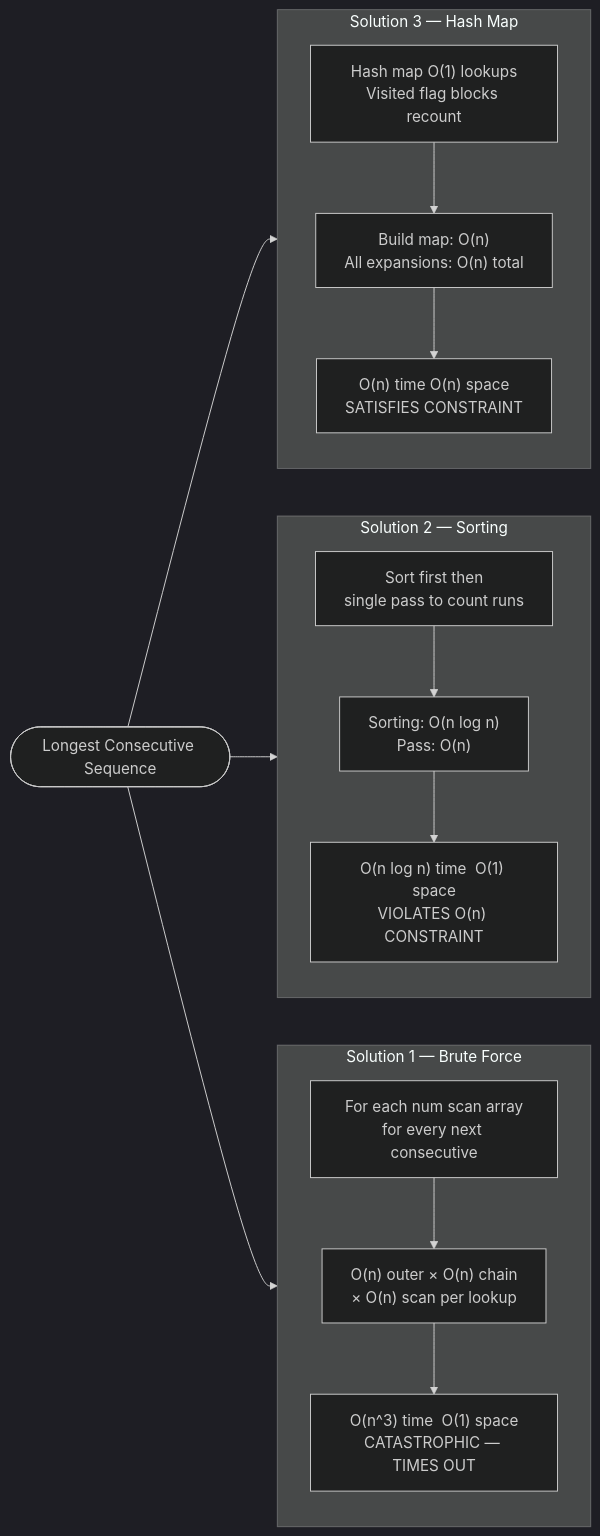
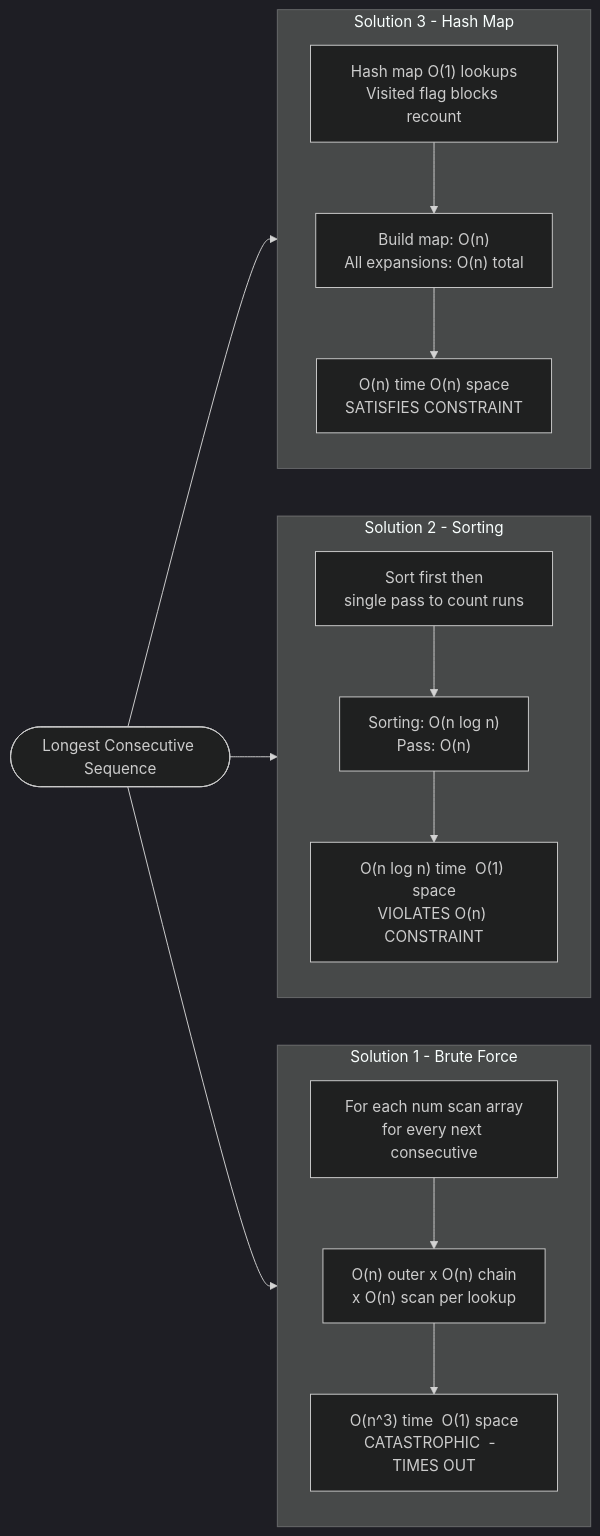
The third of 10 diagrams in 07 - Longest Consecutive Sequence/README.md (M-F-Tushar/LeetCode-Problem-Solving), drawn with Mermaid (dark theme) before and after one commit. The commit also changed other lines of this file and 6 other files, not shown here.

Commit message:
fix diagram rendering

````diff
--- a/07 - Longest Consecutive Sequence/README.md
+++ b/07 - Longest Consecutive Sequence/README.md
@@ -122,20 +122,20 @@
 ```mermaid
 flowchart LR
   PROB(["Longest Consecutive Sequence"]) --> BFS & SS & HMS
 
-  subgraph BF ["Solution 1 — Brute Force"]
+  subgraph BF ["Solution 1  -  Brute Force"]
       direction TB
-      BFS["For each num scan array\nfor every next consecutive"] --> BF2["O(n) outer × O(n) chain\n× O(n) scan per lookup"] --> BFR["O(n^3) time  O(1) space\nCATASTROPHIC — TIMES OUT"]
+      BFS["For each num scan array\nfor every next consecutive"] --> BF2["O(n) outer x O(n) chain\nx O(n) scan per lookup"] --> BFR["O(n^3) time  O(1) space\nCATASTROPHIC  -  TIMES OUT"]
   end
 
-  subgraph SORT ["Solution 2 — Sorting"]
+  subgraph SORT ["Solution 2  -  Sorting"]
       direction TB
       SS["Sort first  then\nsingle pass to count runs"] --> ST2["Sorting: O(n log n)\nPass: O(n)"] --> STR["O(n log n) time  O(1) space\nVIOLATES O(n) CONSTRAINT"]
   end
 
-  subgraph HM ["Solution 3 — Hash Map"]
+  subgraph HM ["Solution 3  -  Hash Map"]
       direction TB
       HMS["Hash map O(1) lookups\nVisited flag blocks recount"] --> HM2["Build map: O(n)\nAll expansions: O(n) total"] --> HMR["O(n) time  O(n) space\nSATISFIES CONSTRAINT"]
   end
 
 ```
````
